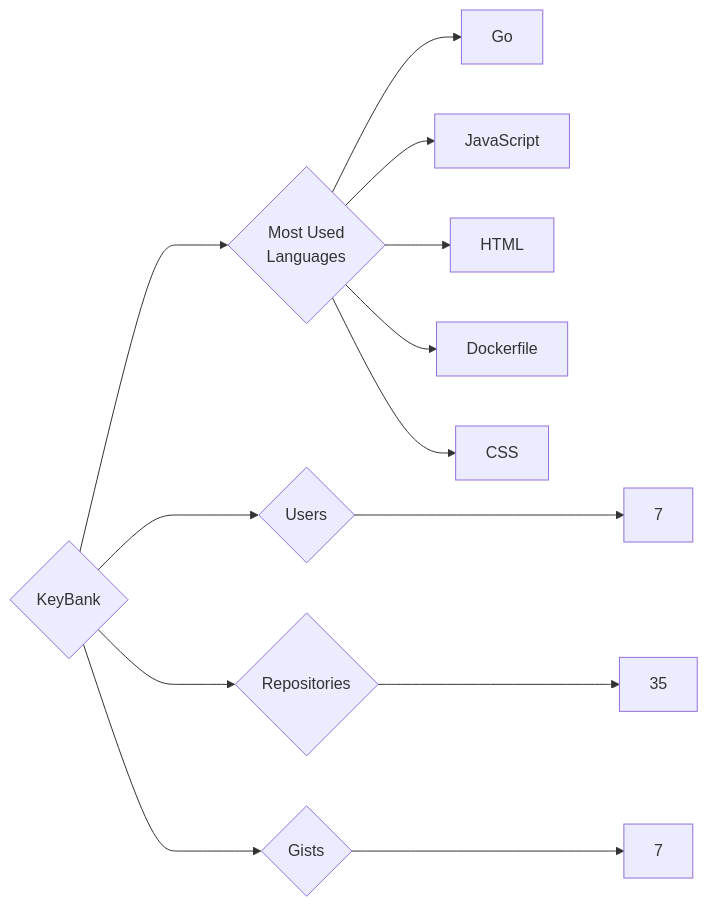
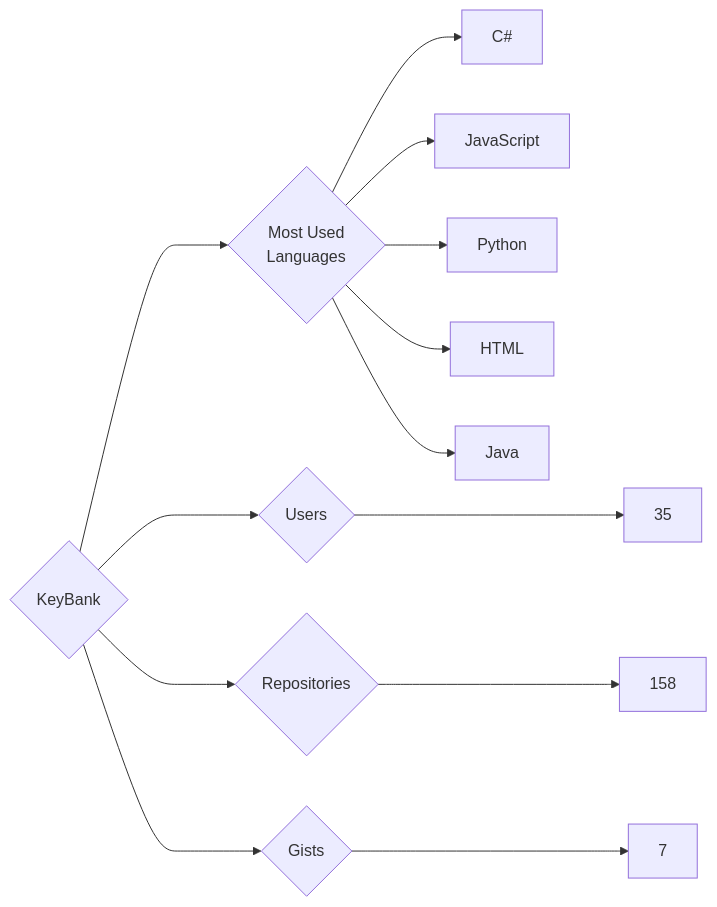
The diagram in targets/KeyBank/README.md (trickest/insiders), drawn with Mermaid before and after one commit. The commit also changed 775 other files, not shown here.

````diff
--- a/targets/KeyBank/README.md
+++ b/targets/KeyBank/README.md
@@ -3,13 +3,13 @@
 ```mermaid
 graph LR
 COMPANY_NAME{KeyBank}
-COMPANY_NAME ---> U{Users} ---> UN[7]
-COMPANY_NAME ---> R{Repositories} ---> RN[35]
+COMPANY_NAME ---> U{Users} ---> UN[35]
+COMPANY_NAME ---> R{Repositories} ---> RN[158]
 COMPANY_NAME ---> G{Gists} ---> GN[7]
 COMPANY_NAME ---> ML{Most Used<br>Languages}
-ML --> Go[Go]
+ML --> C#[C#]
 ML --> JavaScript[JavaScript]
+ML --> Python[Python]
 ML --> HTML[HTML]
-ML --> Dockerfile[Dockerfile]
-ML --> CSS[CSS]
+ML --> Java[Java]
 ```
````
